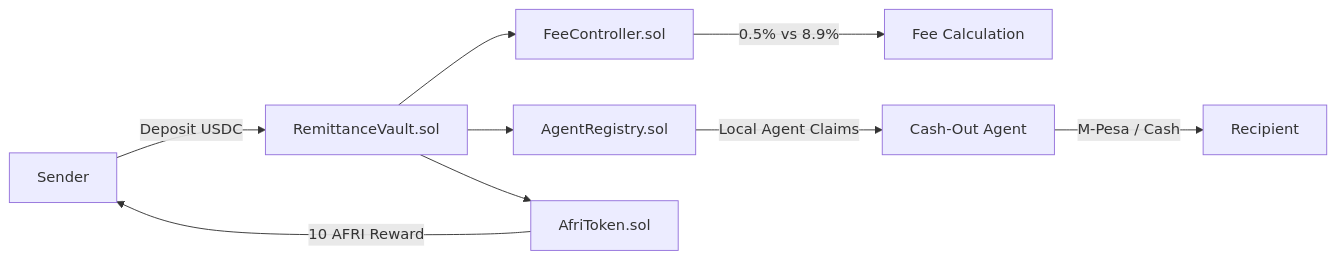
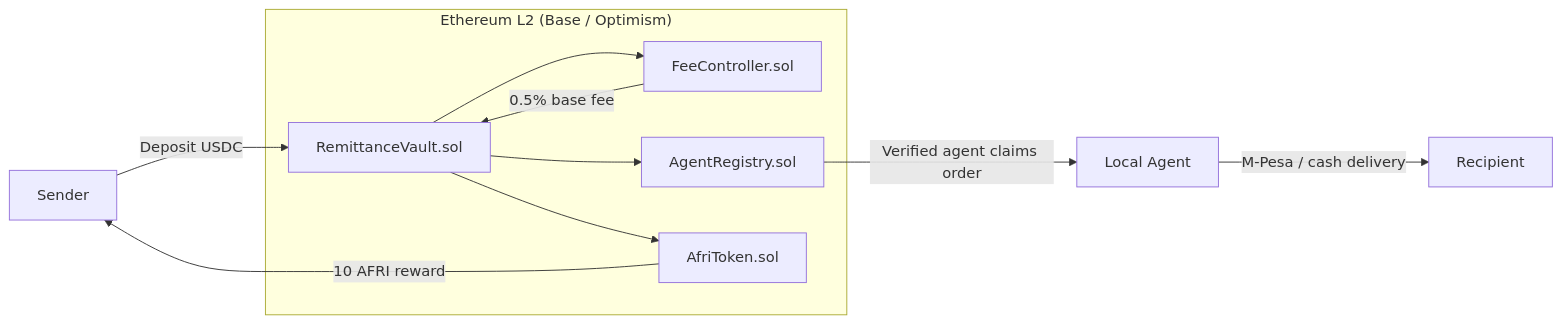
Before and after one commit to Akasxh/afripay-protocol: the first of 3 diagrams in README.md, drawn with Mermaid. The commit also changed other lines of this file, not shown here.

````diff
--- a/README.md
+++ b/README.md
@@ -103,11 +17,18 @@
 ```mermaid
 graph LR
-    A[Sender] -->|Deposit USDC| B[RemittanceVault.sol]
-    B --> C[FeeController.sol]
-    C -->|0.5% vs 8.9%| D[Fee Calculation]
-    B --> E[AgentRegistry.sol]
-    E -->|Local Agent Claims| F[Cash-Out Agent]
-    F -->|M-Pesa / Cash| G[Recipient]
-    B --> H[AfriToken.sol]
-    H -->|10 AFRI Reward| A
+    S[Sender] -->|Deposit USDC| RV[RemittanceVault.sol]
+    RV --> FC[FeeController.sol]
+    FC -->|0.5% base fee| RV
+    RV --> AR[AgentRegistry.sol]
+    AR -->|Verified agent claims order| A[Local Agent]
+    A -->|M-Pesa / cash delivery| R[Recipient]
+    RV --> AT[AfriToken.sol]
+    AT -->|10 AFRI reward| S
+
+    subgraph "Ethereum L2 (Base / Optimism)"
+        RV
+        FC
+        AR
+        AT
+    end
 ```
````
